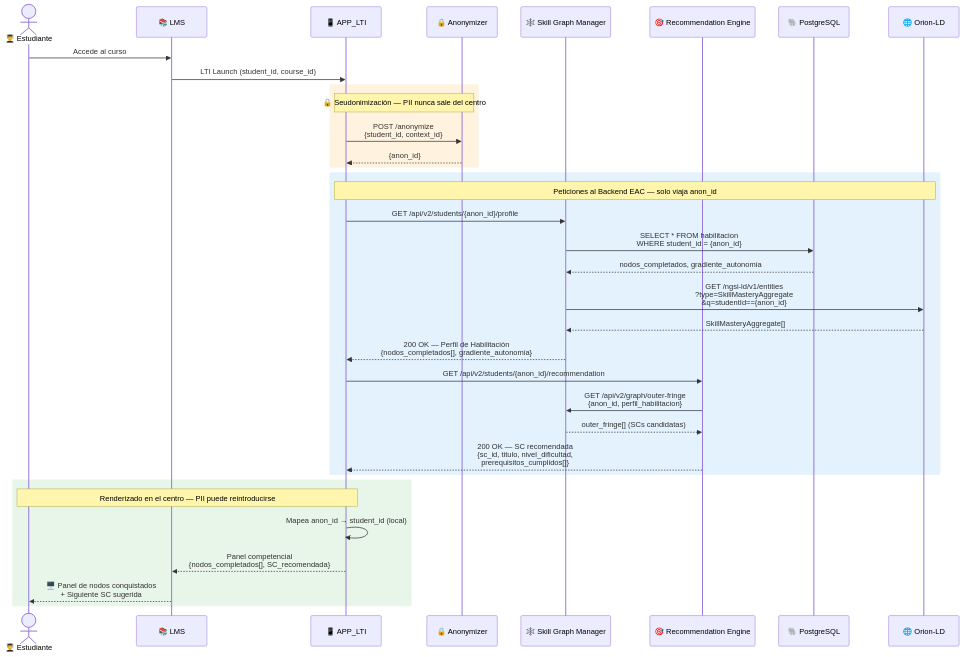
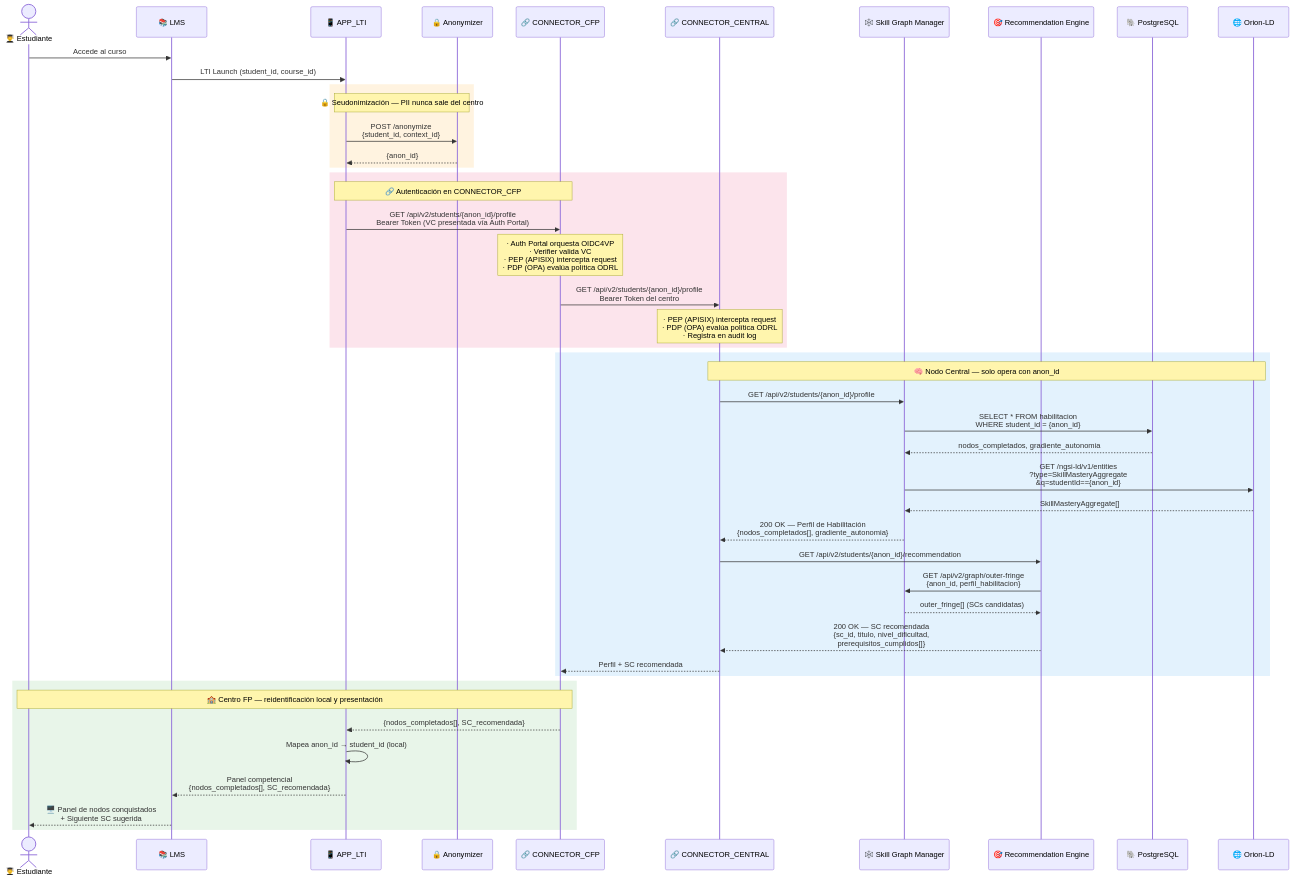
Before and after one commit to C3-VFDS/use_case_pkst: the third of 3 diagrams in 054-diagramas-secuencias.md, drawn with Mermaid. The commit also changed other lines of this file and 4 other files, not shown here.

Commit message:
Actualizando los diagramas a la arquitectura

````diff
--- a/054-diagramas-secuencias.md
+++ b/054-diagramas-secuencias.md
@@ -129,43 +131,57 @@
 ```mermaid
 sequenceDiagram
     actor STUDENT as 👨‍🎓 Estudiante
     participant LMS as 📚 LMS
     participant APP_LTI as 📱 APP_LTI
     participant ANON as 🔒 Anonymizer
+    participant CONNECTOR_CFP as 🔗 CONNECTOR_CFP
+    participant CONNECTOR_CENTRAL as 🔗 CONNECTOR_CENTRAL
     participant SGRAPH as 🕸️ Skill Graph Manager
     participant REC as 🎯 Recommendation Engine
     participant POSTGRES_C as 🐘 PostgreSQL
     participant ORIONLD as 🌐 Orion-LD
 
     STUDENT->>LMS: Accede al curso
     LMS->>APP_LTI: LTI Launch (student_id, course_id)
 
     rect rgb(255, 243, 224)
         Note over APP_LTI,ANON: 🔒 Seudonimización — PII nunca sale del centro
         APP_LTI->>ANON: POST /anonymize<br/>{student_id, context_id}
         ANON-->>APP_LTI: {anon_id}
     end
 
+    rect rgb(252, 228, 236)
+        Note over APP_LTI,CONNECTOR_CFP: 🔗 Autenticación en CONNECTOR_CFP
+
+        APP_LTI->>CONNECTOR_CFP: GET /api/v2/students/{anon_id}/profile<br/>Bearer Token (VC presentada vía Auth Portal)
+        Note over CONNECTOR_CFP: · Auth Portal orquesta OIDC4VP<br/>· Verifier valida VC<br/>· PEP (APISIX) intercepta request<br/>· PDP (OPA) evalúa política ODRL
+        CONNECTOR_CFP->>CONNECTOR_CENTRAL: GET /api/v2/students/{anon_id}/profile<br/>Bearer Token del centro
+        Note over CONNECTOR_CENTRAL: · PEP (APISIX) intercepta request<br/>· PDP (OPA) evalúa política ODRL<br/>· Registra en audit log
+    end
+
     rect rgb(227, 242, 253)
-        Note over APP_LTI,ORIONLD: Peticiones al Backend EAC — solo viaja anon_id
+        Note over CONNECTOR_CENTRAL,ORIONLD: 🧠 Nodo Central — solo opera con anon_id
 
-        APP_LTI->>SGRAPH: GET /api/v2/students/{anon_id}/profile
+        CONNECTOR_CENTRAL->>SGRAPH: GET /api/v2/students/{anon_id}/profile
         SGRAPH->>POSTGRES_C: SELECT * FROM habilitacion<br/>WHERE student_id = {anon_id}
         POSTGRES_C-->>SGRAPH: nodos_completados, gradiente_autonomia
         SGRAPH->>ORIONLD: GET /ngsi-ld/v1/entities<br/>?type=SkillMasteryAggregate<br/>&q=studentId=={anon_id}
         ORIONLD-->>SGRAPH: SkillMasteryAggregate[]
-        SGRAPH-->>APP_LTI: 200 OK — Perfil de Habilitación<br/>{nodos_completados[], gradiente_autonomia}
+        SGRAPH-->>CONNECTOR_CENTRAL: 200 OK — Perfil de Habilitación<br/>{nodos_completados[], gradiente_autonomia}
 
-        APP_LTI->>REC: GET /api/v2/students/{anon_id}/recommendation
+        CONNECTOR_CENTRAL->>REC: GET /api/v2/students/{anon_id}/recommendation
         REC->>SGRAPH: GET /api/v2/graph/outer-fringe<br/>{anon_id, perfil_habilitacion}
         SGRAPH-->>REC: outer_fringe[] (SCs candidatas)
-        REC-->>APP_LTI: 200 OK — SC recomendada<br/>{sc_id, titulo, nivel_dificultad,<br/>prerequisitos_cumplidos[]}
+        REC-->>CONNECTOR_CENTRAL: 200 OK — SC recomendada<br/>{sc_id, titulo, nivel_dificultad,<br/>prerequisitos_cumplidos[]}
+        CONNECTOR_CENTRAL-->>CONNECTOR_CFP: Perfil + SC recomendada
     end
 
     rect rgb(232, 245, 233)
-        Note over APP_LTI,STUDENT: Renderizado en el centro — PII puede reintroducirse
+        Note over CONNECTOR_CFP,STUDENT: 🏫 Centro FP — reidentificación local y presentación
+
+        CONNECTOR_CFP-->>APP_LTI: {nodos_completados[], SC_recomendada}
         APP_LTI->>APP_LTI: Mapea anon_id → student_id (local)
         APP_LTI-->>LMS: Panel competencial<br/>{nodos_completados[], SC_recomendada}
         LMS-->>STUDENT: 🖥️ Panel de nodos conquistados<br/>+ Siguiente SC sugerida
     end
 ```
````
